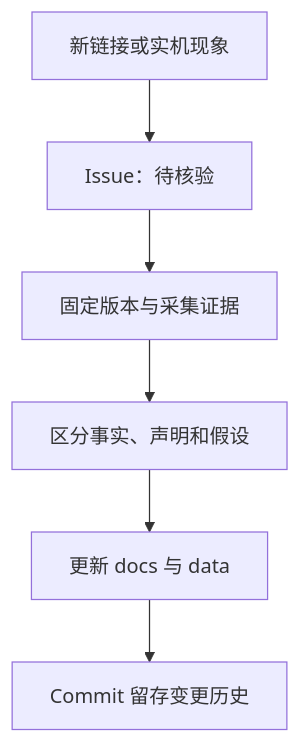
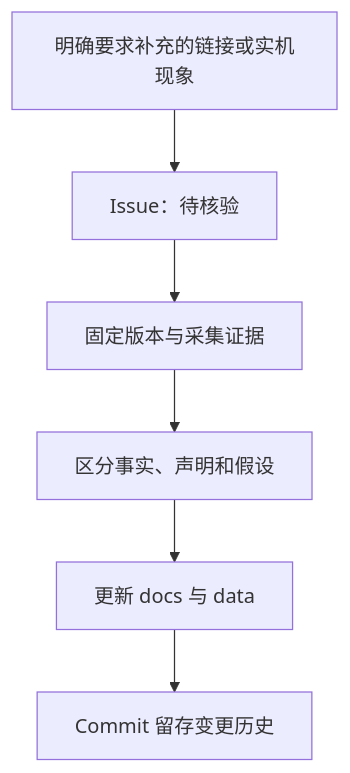
Before and after one commit to yankedi/oneplus-13T-resources: the diagram in docs/methodology.md, drawn with Mermaid. The commit also changed other lines of this file and 10 other files, not shown here.

````diff
--- a/docs/methodology.md
+++ b/docs/methodology.md
@@ -13,8 +19,8 @@
 ```mermaid
 flowchart TD
-    A["新链接或实机现象"] --> B["Issue：待核验"]
+    A["明确要求补充的链接或实机现象"] --> B["Issue：待核验"]
     B --> C["固定版本与采集证据"]
     C --> D["区分事实、声明和假设"]
     D --> E["更新 docs 与 data"]
     E --> F["Commit 留存变更历史"]
 ```
````
